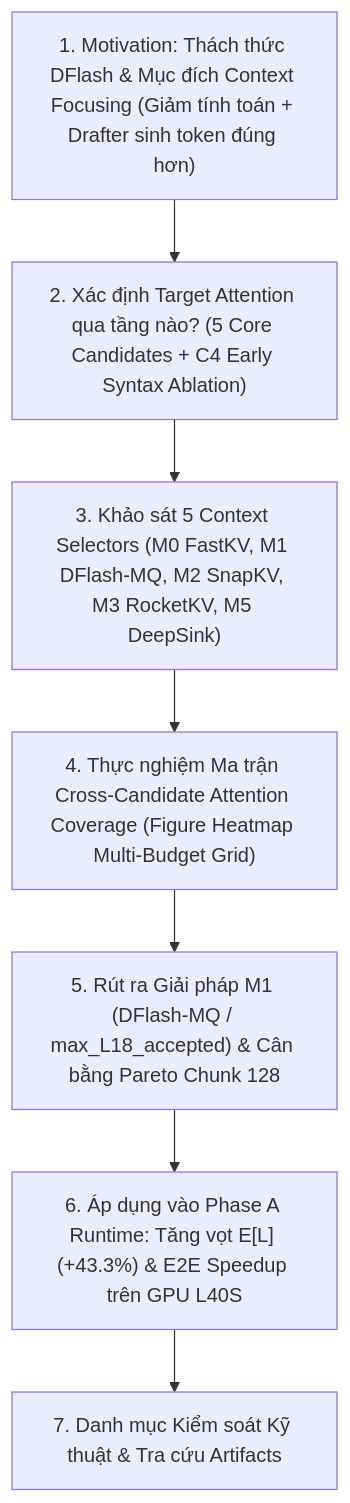
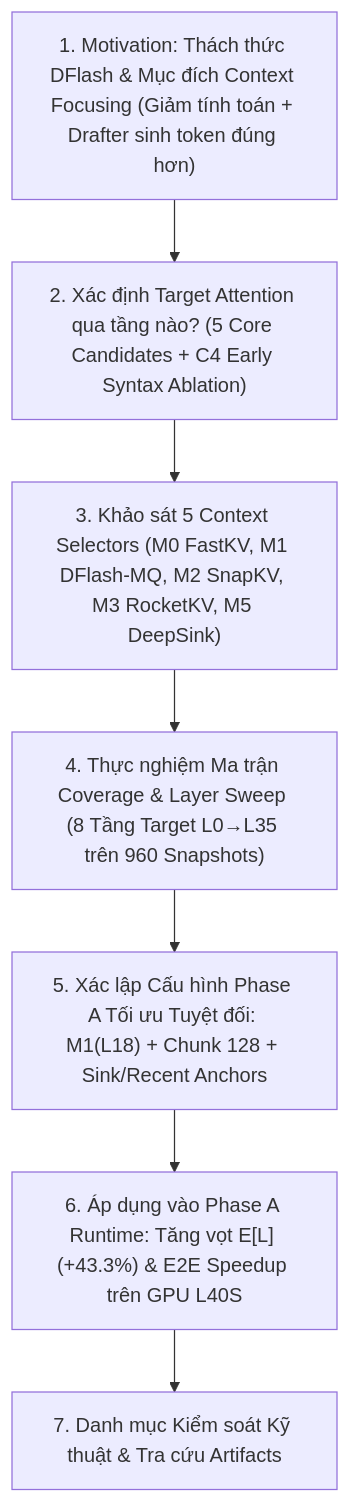
The diagram in docs/_INSIGHT/PHASE_A_MASTER.md (tranphuc15122004/fast_infer_for_text_sum), drawn with Mermaid before and after one commit. The commit also changed other lines of this file and 26 other files, not shown here.

````diff
--- a/docs/_INSIGHT/PHASE_A_MASTER.md
+++ b/docs/_INSIGHT/PHASE_A_MASTER.md
@@ -9,10 +9,10 @@
 ```mermaid
 flowchart TD
     A["1. Motivation: Thách thức DFlash & Mục đích Context Focusing (Giảm tính toán + Drafter sinh token đúng hơn)"] 
     --> B["2. Xác định Target Attention qua tầng nào? (5 Core Candidates + C4 Early Syntax Ablation)"]
     --> C["3. Khảo sát 5 Context Selectors (M0 FastKV, M1 DFlash-MQ, M2 SnapKV, M3 RocketKV, M5 DeepSink)"]
-    --> D["4. Thực nghiệm Ma trận Cross-Candidate Attention Coverage (Figure Heatmap Multi-Budget Grid)"]
-    --> E["5. Rút ra Giải pháp M1 (DFlash-MQ / max_L18_accepted) & Cân bằng Pareto Chunk 128"]
+    --> D["4. Thực nghiệm Ma trận Coverage & Layer Sweep (8 Tầng Target L0→L35 trên 960 Snapshots)"]
+    --> E["5. Xác lập Cấu hình Phase A Tối ưu Tuyệt đối: M1(L18) + Chunk 128 + Sink/Recent Anchors"]
     --> F["6. Áp dụng vào Phase A Runtime: Tăng vọt E[L] (+43.3%) & E2E Speedup trên GPU L40S"]
     --> G["7. Danh mục Kiểm soát Kỹ thuật & Tra cứu Artifacts"]
 ```
````
